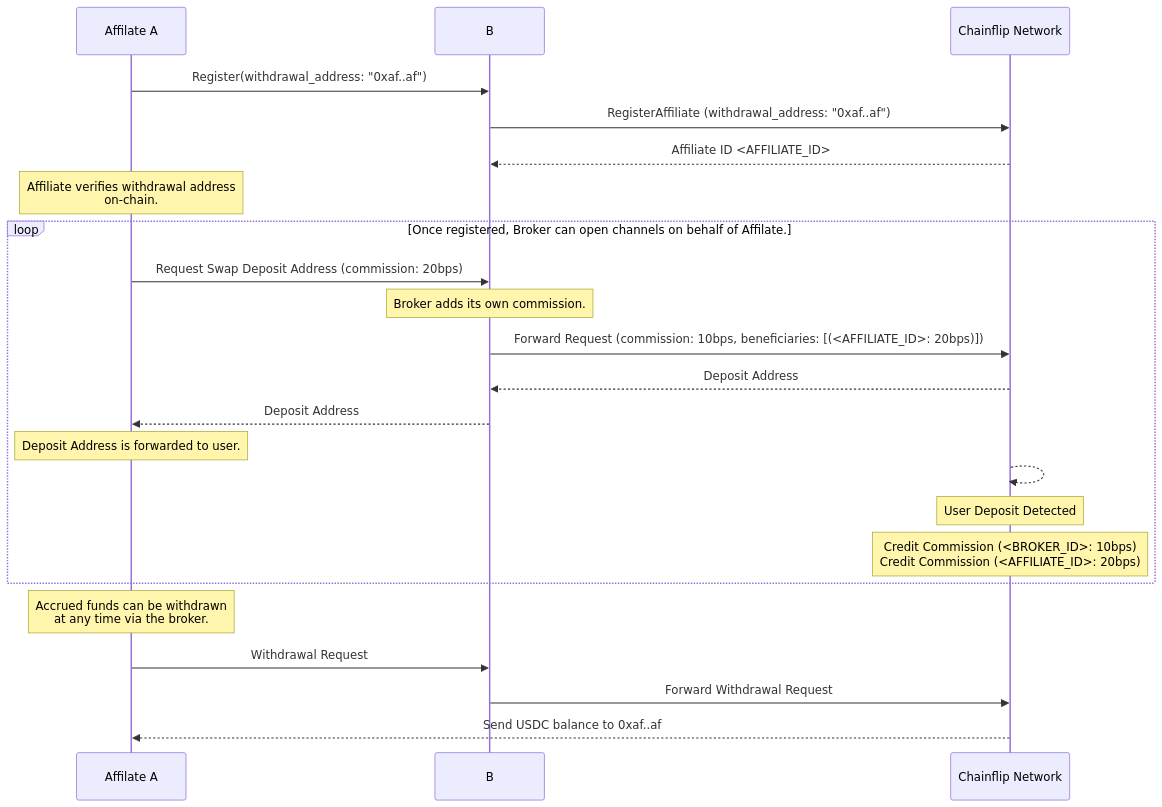
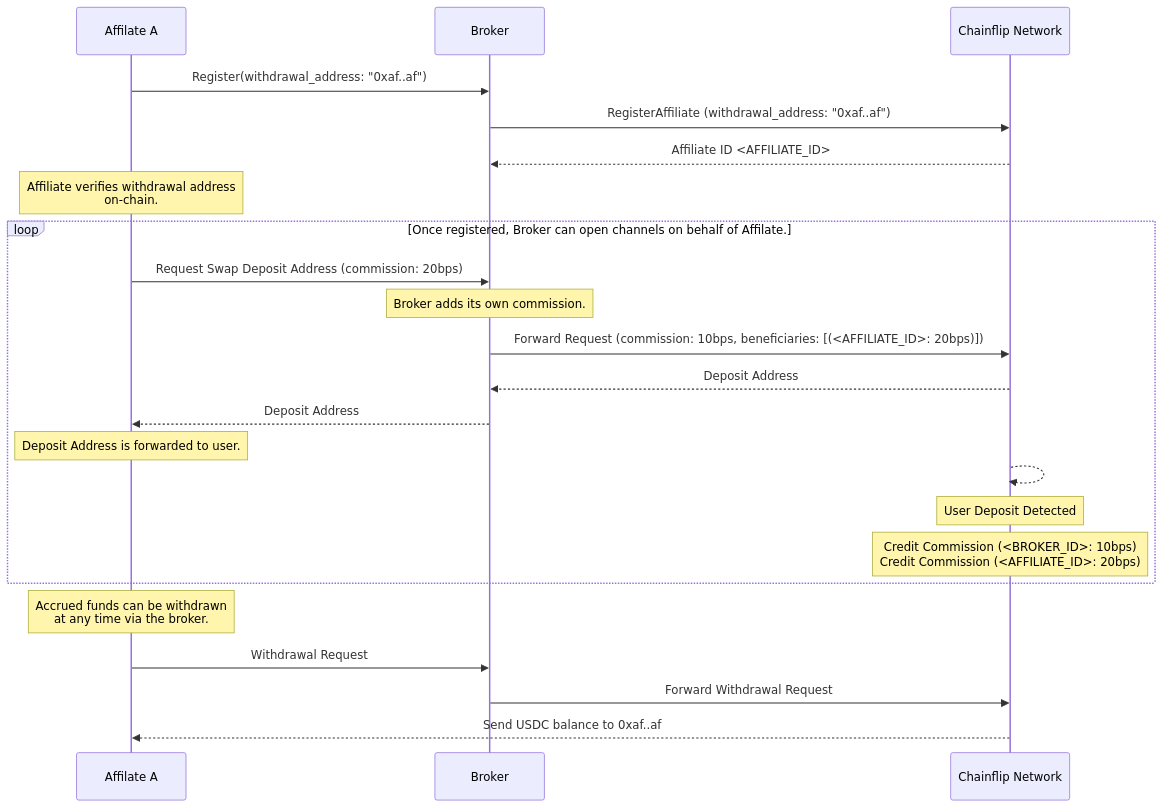
One commit to chainflip-io/chainflip-docs changed the diagram in pages/swapping/integrations/running-a-broker/broker-affiliates.mdx. Above: the diagram before and after it, drawn with Mermaid.

Commit message:
fix: name broker in mermaid diagram

````diff
--- a/pages/swapping/integrations/running-a-broker/broker-affiliates.mdx
+++ b/pages/swapping/integrations/running-a-broker/broker-affiliates.mdx
@@ -75,32 +75,32 @@
 ```mermaid
 sequenceDiagram
     participant A as Affilate A
-    participant B
+    participant B as Broker
     participant C as Chainflip Network
 
     A->>B: Register(withdrawal_address: "0xaf..af")
     B->>C: RegisterAffiliate (withdrawal_address: "0xaf..af")
     C-->>B: Affiliate ID <AFFILIATE_ID>
 
     Note over A: Affiliate verifies withdrawal address<br/>on-chain.
 
     loop Once registered, Broker can open channels on behalf of Affilate.
     A->>B: Request Swap Deposit Address (commission: 20bps)
     Note over B: Broker adds its own commission.
     B->>C: Forward Request (commission: 10bps, beneficiaries: [(<AFFILIATE_ID>: 20bps)])
     C-->>B: Deposit Address
     B-->>A: Deposit Address
     Note over A: Deposit Address is forwarded to user.
 
     C-->>C: 
     Note over C: User Deposit Detected
     Note over C: Credit Commission (<BROKER_ID>: 10bps)<br/>Credit Commission (<AFFILIATE_ID>: 20bps)
 
     end
 
     Note over A: Accrued funds can be withdrawn<br/>at any time via the broker.
 
     A->>B: Withdrawal Request
     B->>C: Forward Withdrawal Request
     C-->>A: Send USDC balance to 0xaf..af
 ```
````
